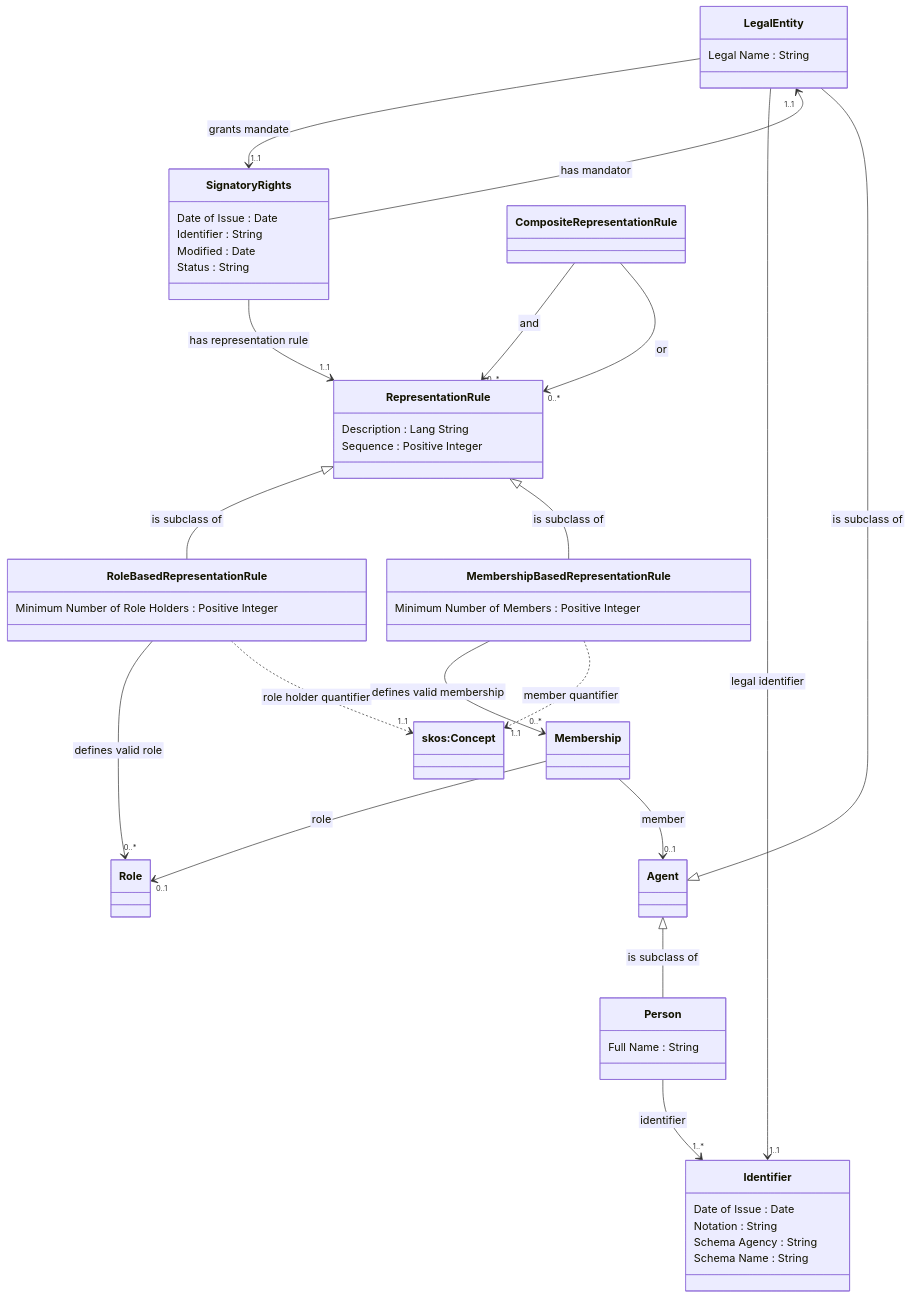
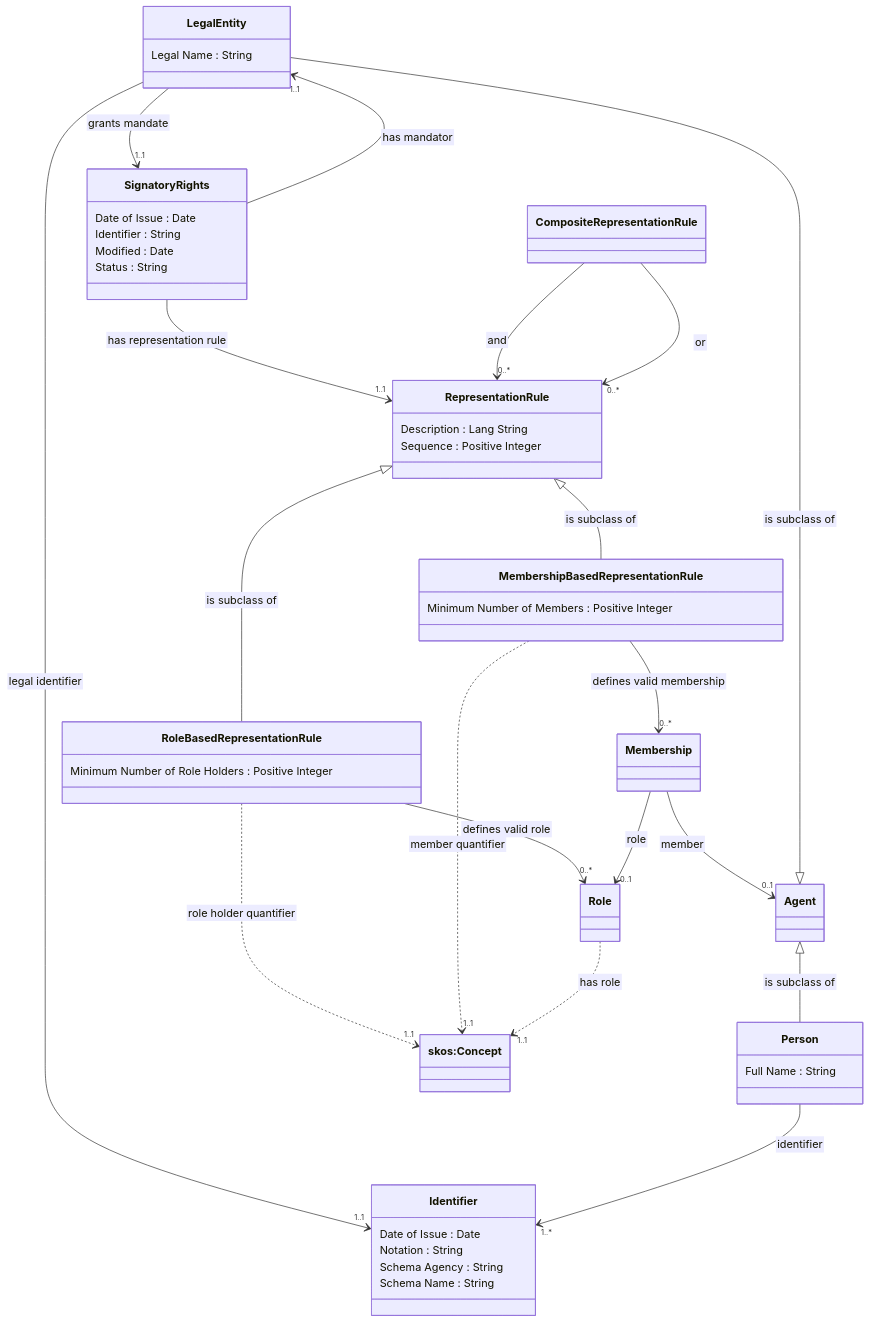
The second of 2 diagrams in README.md (nordicsmartgovernment/Nordic-Signatory-Rights-Model), drawn with Mermaid before and after one commit.

````diff
--- a/README.md
+++ b/README.md
@@ -78,79 +78,81 @@
 ```mermaid
  %%{init:{'flowchart':{'nodeSpacing': 30, 'rankSpacing': 95, 'htmlLabels': false}}}%%
     classDiagram
         class Legal Entity ["LegalEntity"] {
            Legal Name : String
         }
         direction TB
 
         Legal Entity --> "1..1" Signatory Rights:grants mandate
         Legal Entity --> "1..1" Identifier : legal identifier
 
         class Signatory Rights {
             Date of Issue : Date
             Identifier : String
             Modified : Date
             Status : String
         }
 
         Signatory Rights --> "1..1" LegalEntity : has mandator
         Signatory Rights --> "1..1" Representation Rule : has representation rule
 
         class AgentLegalEntity["Agent"] {
         }
 
         class Person {
            Full Name : String
         }
 
         Person --> "1..*" Identifier : identifier
 
         class Identifier {
            Date of Issue : Date
            Notation : String
            Schema Agency : String
            Schema Name : String
         }
 
         class Representation Rule {
            Description : Lang String
            Sequence : Positive Integer
         }
 
         class Role Based Representation Rule {
            Minimum Number of Role Holders : Positive Integer
         }
 
         Role Based Representation Rule --> "0..*" Role : defines valid role
         Role Based Representation Rule ..> "1..1" SKOSConcept : role holder quantifier
 
         class Membership Based Representation Rule {
            Minimum Number of Members : Positive Integer
         }
 
         Membership Based Representation Rule --> "0..*" Membership : defines valid membership
         Membership Based Representation Rule ..> "1..1" SKOSConcept : member quantifier
 
         class Composite Representation Rule {
         }
 
         Composite Representation Rule --> "0..*" Representation Rule : and
         Composite Representation Rule --> "0..*" Representation Rule : or
 
         class Role {
         }
 
+        Role ..> "1..1" SKOSConcept : has role
+
         class SKOSConcept["skos:Concept"] {
         }
 
         class Membership {
         }
 
         Membership --> "0..1" Role : role
         Membership --> "0..1" AgentLegalEntity : member
 
         Representation Rule <|-- Role Based Representation Rule : is subclass of
         Representation Rule <|-- Membership Based Representation Rule : is subclass of
         AgentLegalEntity <|-- Person : is subclass of
         AgentLegalEntity <|-- Legal Entity : is subclass of
 ```
````
